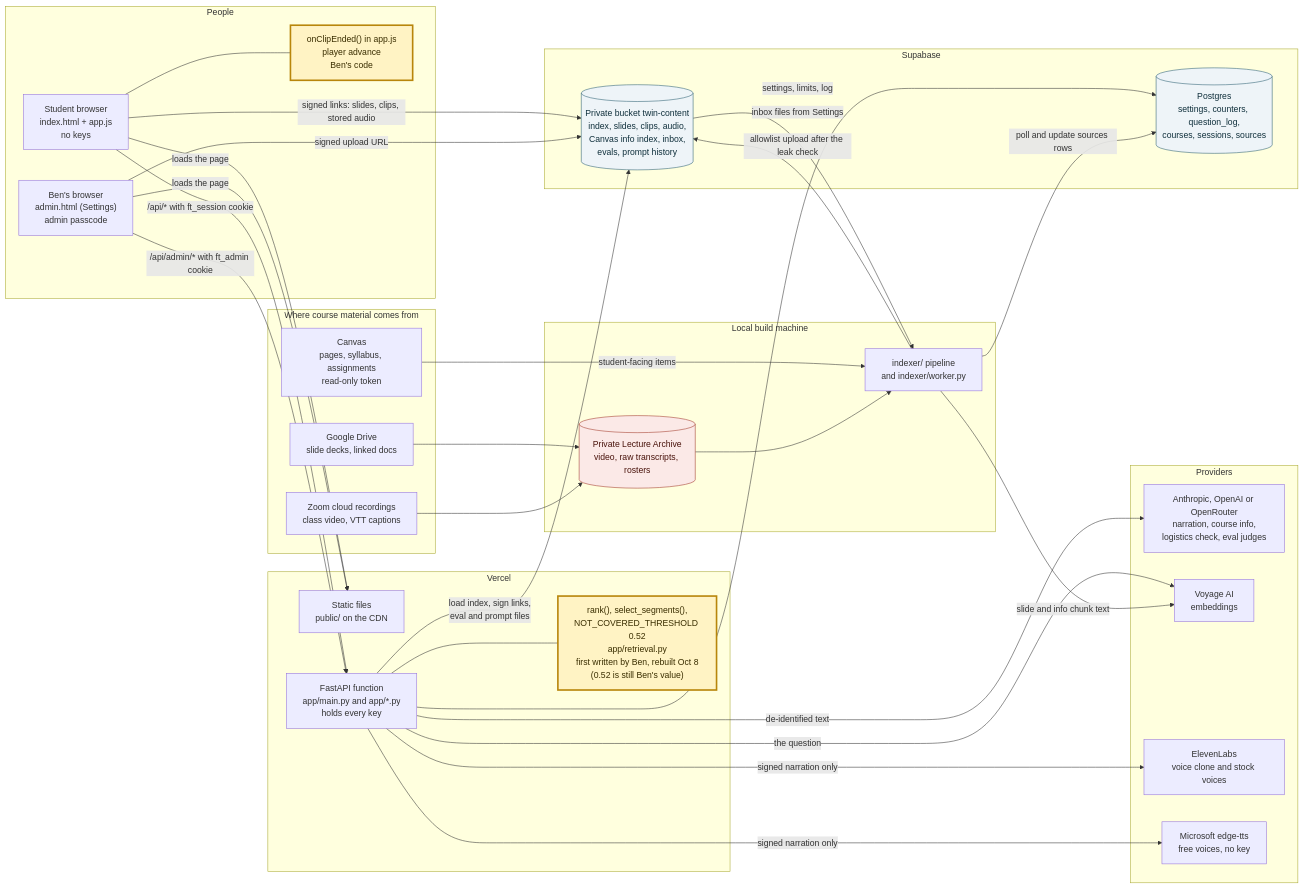
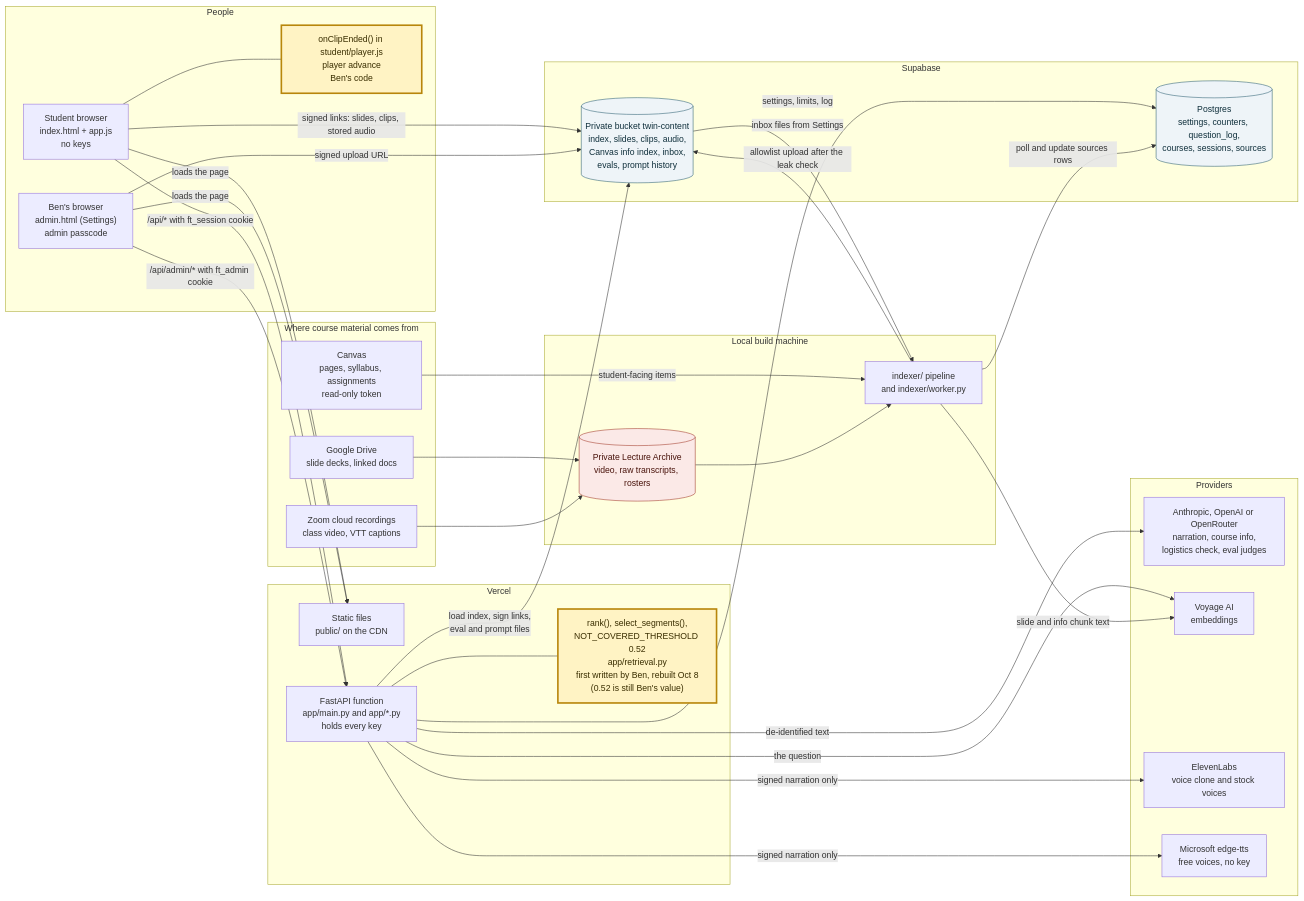
The first of 7 diagrams in docs/ARCHITECTURE.md (bcollier/faculty-twin), drawn with Mermaid before and after one commit. The commit also changed 29 other files, not shown here.

First line of the commit message:
Student page: app.js split into ES modules by section (public/student/), node tests load real modules (#118)

````diff
--- a/docs/ARCHITECTURE.md
+++ b/docs/ARCHITECTURE.md
@@ -25,68 +25,68 @@
 ```mermaid
 flowchart LR
     classDef ben fill:#fff3c4,stroke:#b8860b,stroke-width:3px,color:#3a2e00
     classDef store fill:#eef4f8,stroke:#2c5f73,color:#10303c
     classDef private fill:#fbe9e7,stroke:#a33a2a,color:#4a140c
 
     subgraph People["People"]
         SB["Student browser<br/>index.html + app.js<br/>no keys"]
-        PLAY["onClipEnded() in app.js<br/>player advance<br/>Ben's code"]
+        PLAY["onClipEnded() in student/player.js<br/>player advance<br/>Ben's code"]
         AB["Ben's browser<br/>admin.html (Settings)<br/>admin passcode"]
     end
 
     subgraph Vercel["Vercel"]
         CDN["Static files<br/>public/ on the CDN"]
         FN["FastAPI function<br/>app/main.py and app/*.py<br/>holds every key"]
         RET["rank(), select_segments(),<br/>NOT_COVERED_THRESHOLD 0.52<br/>app/retrieval.py<br/>first written by Ben, rebuilt Oct 8<br/>(0.52 is still Ben's value)"]
     end
 
     subgraph Supa["Supabase"]
         BUCKET[("Private bucket twin-content<br/>index, slides, clips, audio,<br/>Canvas info index, inbox,<br/>evals, prompt history")]
         PG[("Postgres<br/>settings, counters, question_log,<br/>courses, sessions, sources")]
     end
 
     subgraph Prov["Providers"]
         LLM["Anthropic, OpenAI or OpenRouter<br/>narration, course info,<br/>logistics check, eval judges"]
         VOY["Voyage AI<br/>embeddings"]
         ELV["ElevenLabs<br/>voice clone and stock voices"]
         EDGE["Microsoft edge-tts<br/>free voices, no key"]
     end
 
     subgraph Src["Where course material comes from"]
         CANVAS["Canvas<br/>pages, syllabus, assignments<br/>read-only token"]
         DRIVE["Google Drive<br/>slide decks, linked docs"]
         ZOOM["Zoom cloud recordings<br/>class video, VTT captions"]
     end
 
     subgraph Local["Local build machine"]
         ARCH[("Private Lecture Archive<br/>video, raw transcripts, rosters")]
         IDX["indexer/ pipeline<br/>and indexer/worker.py"]
     end
 
     SB -- "loads the page" --> CDN
     AB -- "loads the page" --> CDN
     SB --- PLAY
     SB -- "/api/* with ft_session cookie" --> FN
     AB -- "/api/admin/* with ft_admin cookie" --> FN
     SB -- "signed links: slides, clips, stored audio" --> BUCKET
     AB -- "signed upload URL" --> BUCKET
     FN --- RET
     FN -- "load index, sign links,<br/>eval and prompt files" --> BUCKET
     FN -- "settings, limits, log" --> PG
     FN -- "de-identified text" --> LLM
     FN -- "the question" --> VOY
     FN -- "signed narration only" --> ELV
     FN -- "signed narration only" --> EDGE
     DRIVE --> ARCH
     ZOOM --> ARCH
     CANVAS -- "student-facing items" --> IDX
     ARCH --> IDX
     IDX -- "slide and info chunk text" --> VOY
     IDX -- "allowlist upload after the leak check" --> BUCKET
     IDX -- "poll and update sources rows" --> PG
     BUCKET -- "inbox files from Settings" --> IDX
 
     class PLAY,RET ben
     class BUCKET,PG store
     class ARCH private
 ```
````
